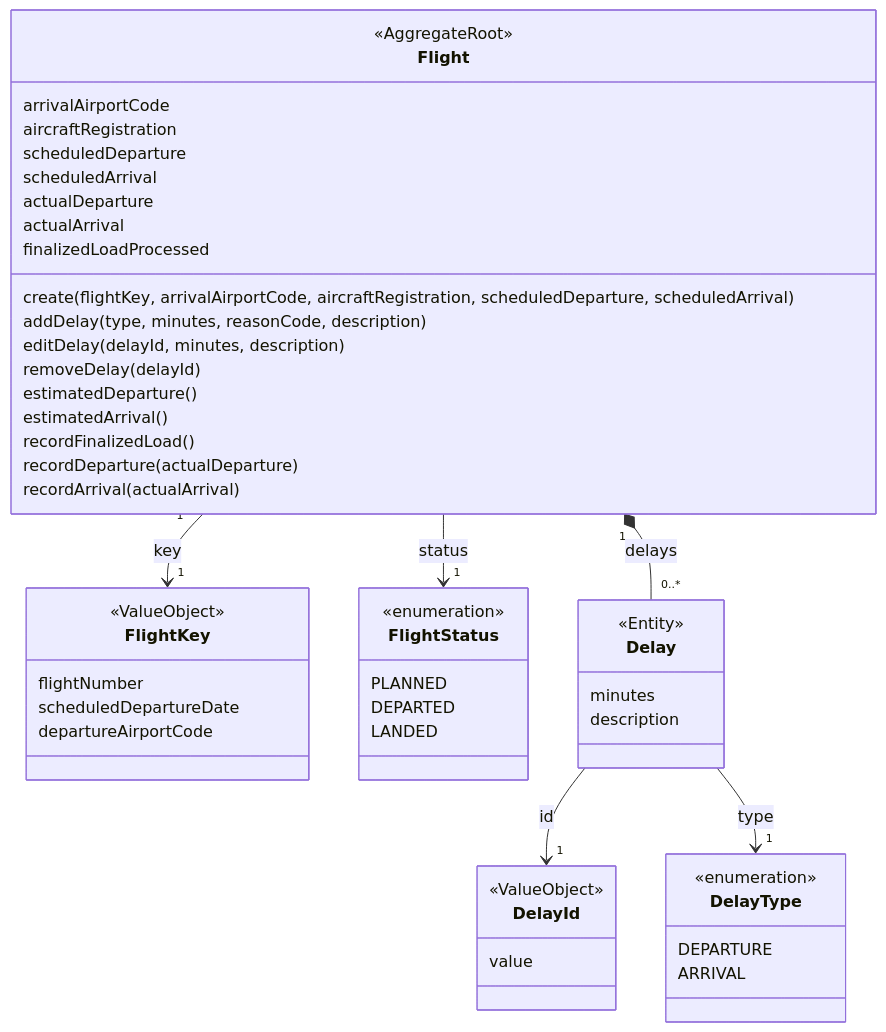
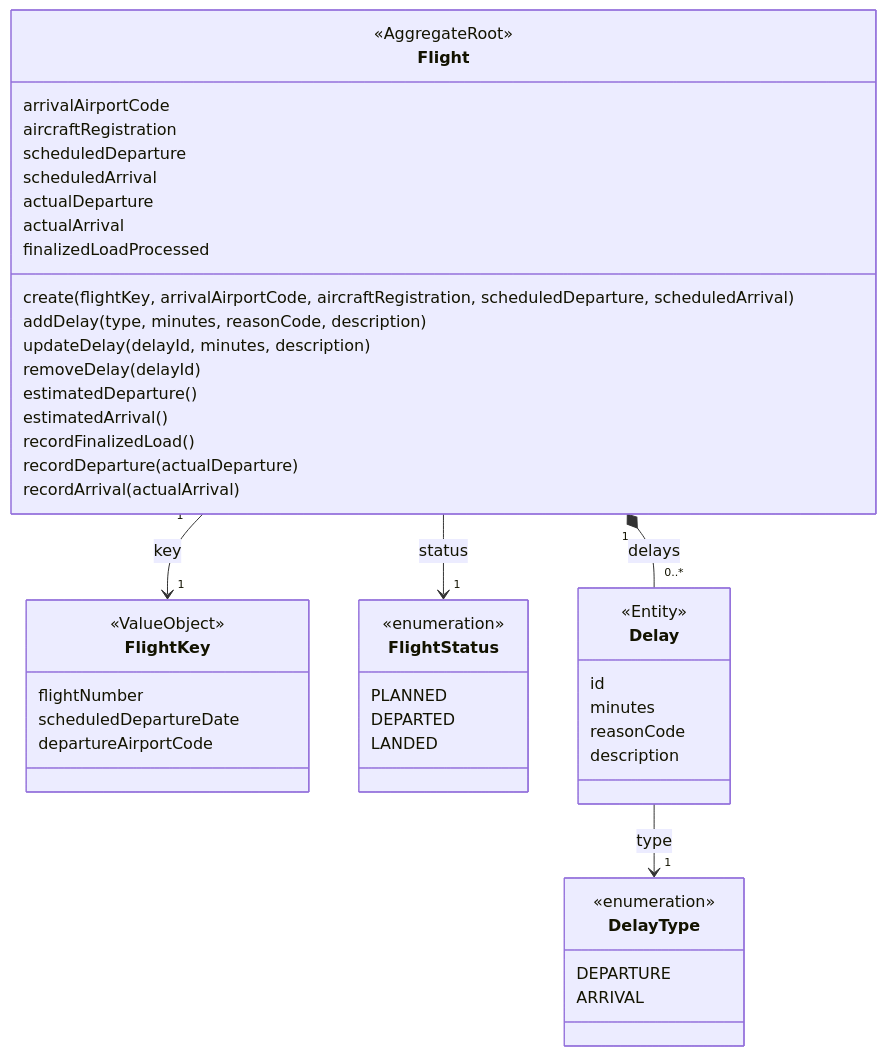
Before and after one commit to ebhd/air-freight-operations: the sixth of 9 diagrams in architecture/analyse.md, drawn with Mermaid. The commit also changed other lines of this file, not shown here.

Commit message:
Fix analyse.md to match the delay code and Flight's pages (#15, #16, #17)
updateDelay instead of editDelay, the delay id is a plain UUID, and section 9 says Flight serves pages too from its separate frontend project.

````diff
--- a/architecture/analyse.md
+++ b/architecture/analyse.md
@@ -339,64 +339,60 @@
 ```mermaid
 classDiagram
     direction TB
 
     class Flight {
         <<AggregateRoot>>
         arrivalAirportCode
         aircraftRegistration
         scheduledDeparture
         scheduledArrival
         actualDeparture
         actualArrival
         finalizedLoadProcessed
         create(flightKey, arrivalAirportCode, aircraftRegistration, scheduledDeparture, scheduledArrival)
         addDelay(type, minutes, reasonCode, description)
-        editDelay(delayId, minutes, description)
+        updateDelay(delayId, minutes, description)
         removeDelay(delayId)
         estimatedDeparture()
         estimatedArrival()
         recordFinalizedLoad()
         recordDeparture(actualDeparture)
         recordArrival(actualArrival)
     }
 
     class FlightKey {
         <<ValueObject>>
         flightNumber
         scheduledDepartureDate
         departureAirportCode
     }
 
     class FlightStatus {
         <<enumeration>>
         PLANNED
         DEPARTED
         LANDED
     }
 
     class Delay {
         <<Entity>>
+        id
         minutes
+        reasonCode
         description
-    }
-
-    class DelayId {
-        <<ValueObject>>
-        value
     }
 
     class DelayType {
         <<enumeration>>
         DEPARTURE
         ARRIVAL
     }
 
 
 
     Flight "1" *-- "0..*" Delay : delays
     Flight "1" --> "1" FlightKey : key
     Flight --> "1" FlightStatus : status
-    Delay --> "1" DelayId : id
     Delay --> "1" DelayType : type
 
 ```
````
